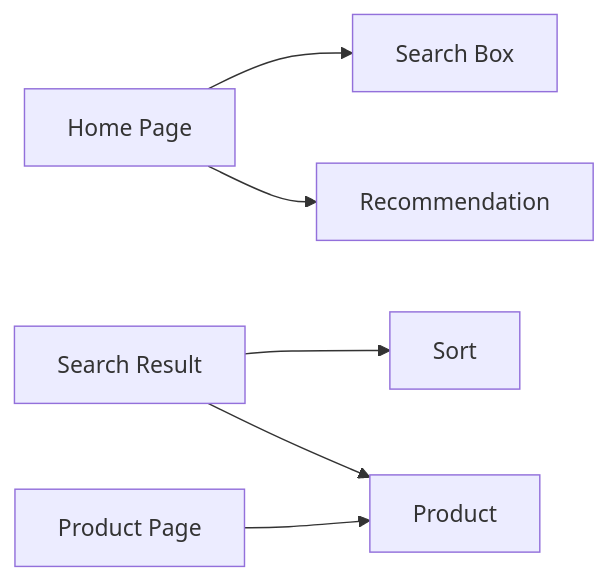
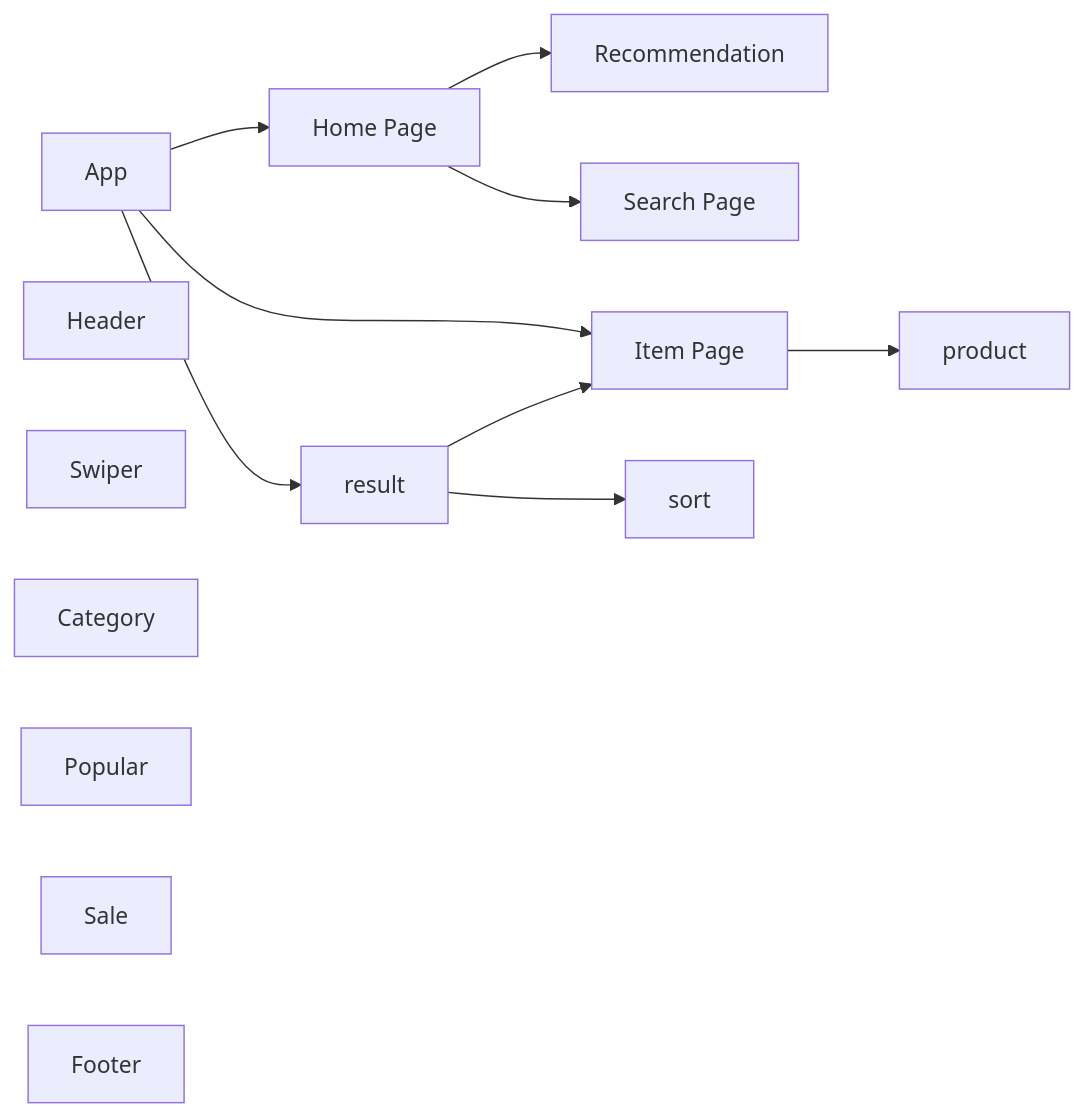
One commit to MattisZheng/e-commerce changed the second of 3 diagrams in README.md. Above: the diagram before and after it, drawn with Mermaid. The commit also changed other lines of this file and 1 other file, not shown here.

Commit message:
update readme doc

````diff
--- a/README.md
+++ b/README.md
@@ -34,16 +33,21 @@
 ```mermaid
 flowchart LR
 
-home[Home Page]
-  search[Search Box]
-  recommendation[Recommendation]
-result[Search Result]
-  sort[Sort]
-  product[Product]
-productPage[Product Page]
-  product[Product]
+app[App]
+  header[Header]
+  home[Home Page]
+    swiper[Swiper]
+    recommendation[Recommendation]
+    category[Category]
+    popular[Popular]
+    sale[Sale]
+  search[Search Page]
+    result
+  item[Item Page]
+  footer[Footer]
 
-home --> search & recommendation
-result --> sort & product
-productPage --> product
+app --> home & result & item
+  home --> search & recommendation
+  result --> sort & item
+  item --> product
 ```
````
